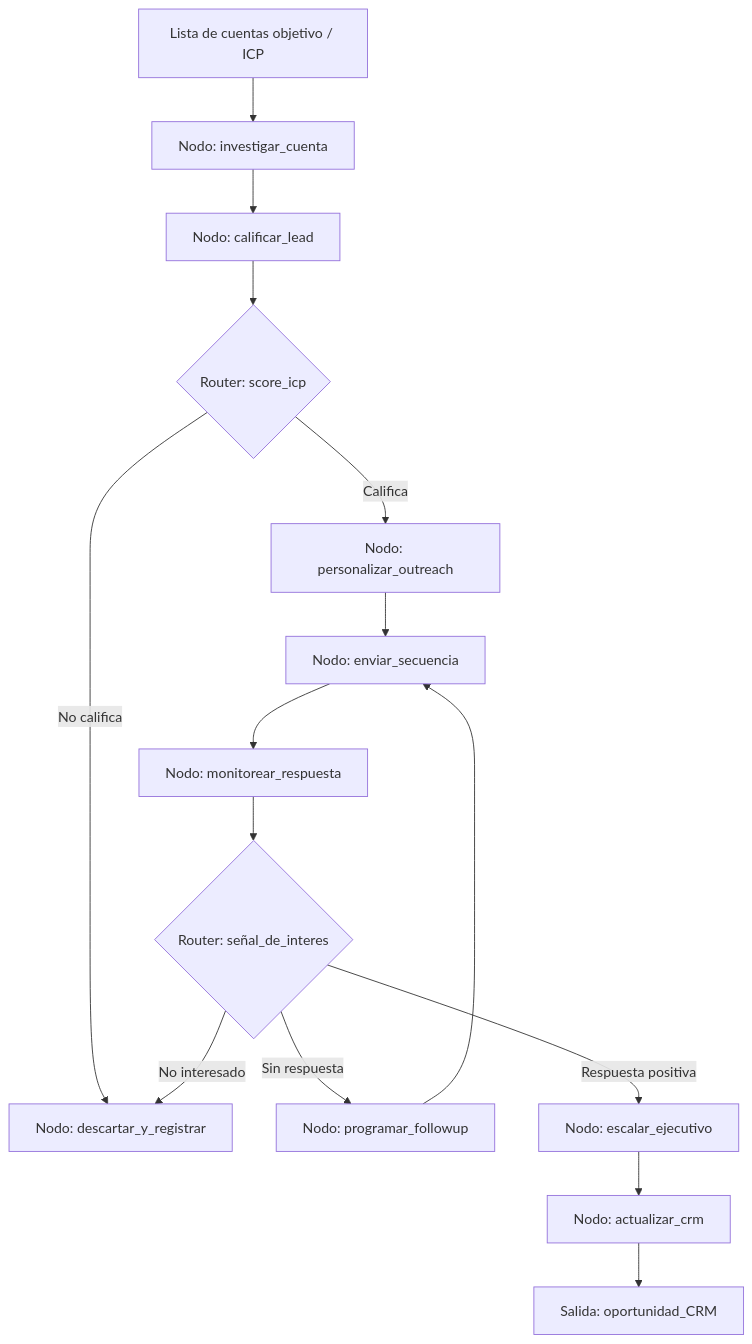
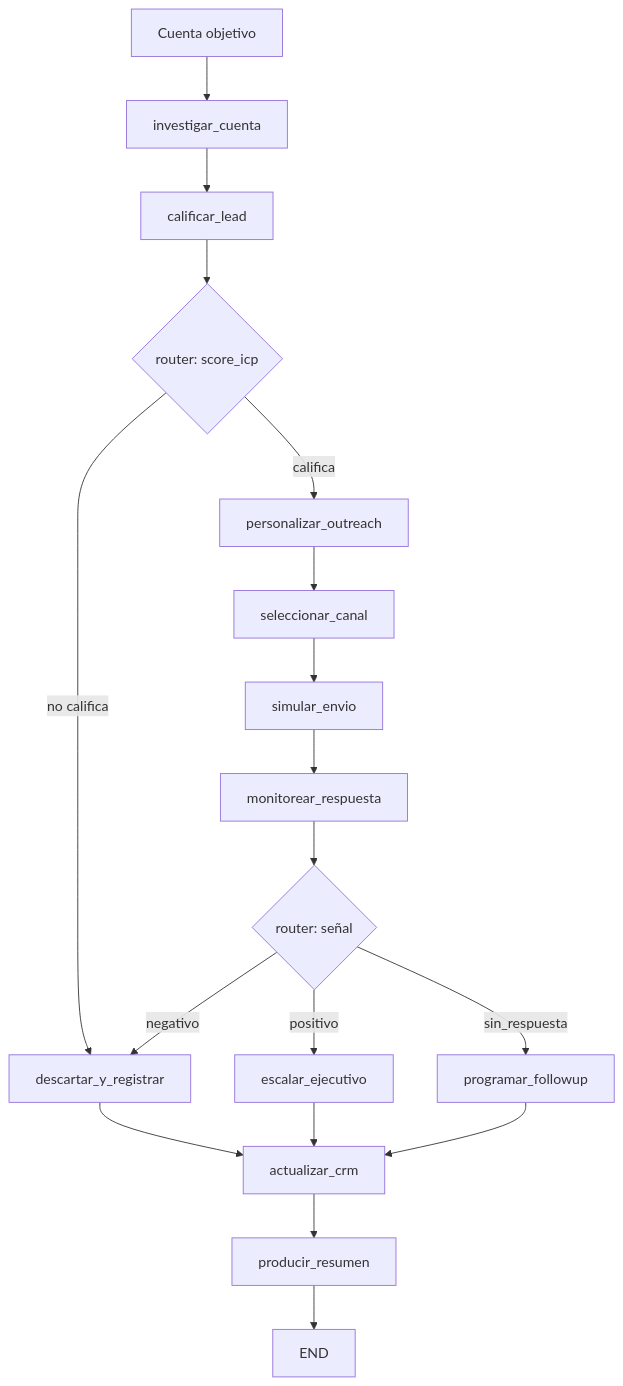
One commit to vladimiracunadev-create/langgraph-realworld changed the diagram in cases/08-ventas-b2b-crm/README.md. Above: the diagram before and after it, drawn with Mermaid. The commit also changed other lines of this file and 84 other files, not shown here.

````diff
--- a/cases/08-ventas-b2b-crm/README.md
+++ b/cases/08-ventas-b2b-crm/README.md
@@ -16,17 +27,20 @@
 ```mermaid
 graph TD
-    A[Lista de cuentas objetivo / ICP] --> B[Nodo: investigar_cuenta]
-    B --> C[Nodo: calificar_lead]
-    C --> D{Router: score_icp}
-    D -->|No califica| E[Nodo: descartar_y_registrar]
-    D -->|Califica| F[Nodo: personalizar_outreach]
-    F --> G[Nodo: enviar_secuencia]
-    G --> H[Nodo: monitorear_respuesta]
-    H --> I{Router: señal_de_interes}
-    I -->|Sin respuesta| J[Nodo: programar_followup]
-    J --> G
-    I -->|Respuesta positiva| K[Nodo: escalar_ejecutivo]
-    I -->|No interesado| E
-    K --> L[Nodo: actualizar_crm]
-    L --> M[Salida: oportunidad_CRM]
+    A[Cuenta objetivo] --> B[investigar_cuenta]
+    B --> C[calificar_lead]
+    C --> R1{router: score_icp}
+    R1 -->|no califica| D[descartar_y_registrar]
+    R1 -->|califica| E[personalizar_outreach]
+    E --> F[seleccionar_canal]
+    F --> G[simular_envio]
+    G --> H[monitorear_respuesta]
+    H --> R2{router: señal}
+    R2 -->|positivo| I[escalar_ejecutivo]
+    R2 -->|sin_respuesta| J[programar_followup]
+    R2 -->|negativo| D
+    D --> K[actualizar_crm]
+    I --> K
+    J --> K
+    K --> L[producir_resumen]
+    L --> END
 ```
````
